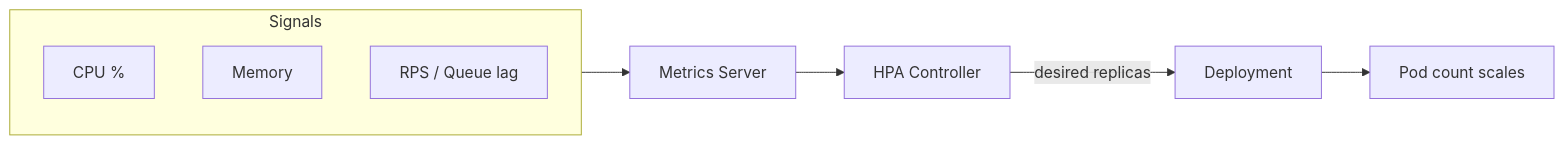
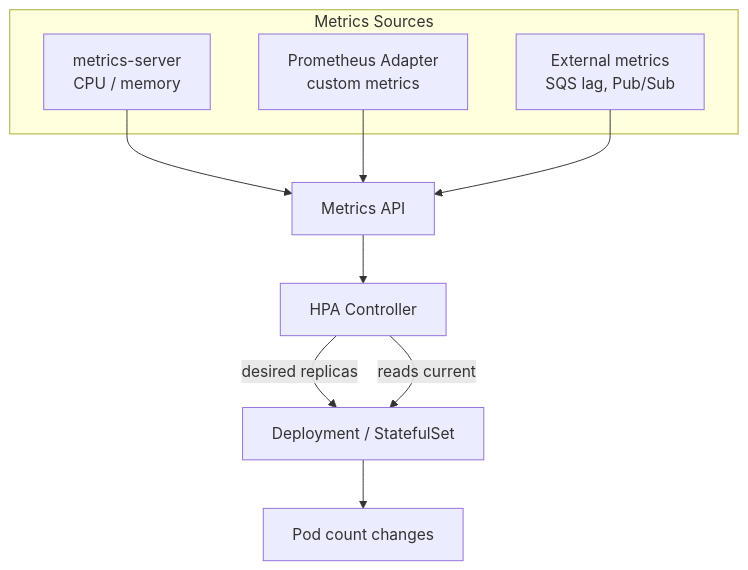
Diagram 44 of 47 in 11-cloud-and-kubernetes/README.md (hareramcse/SystemDesign), drawn with Mermaid before and after one commit. The commit also changed other lines of this file and 14 other files, not shown here.

````diff
--- a/11-cloud-and-kubernetes/README.md
+++ b/11-cloud-and-kubernetes/README.md
@@ -1877,12 +2253,13 @@
 ```mermaid
-flowchart LR
-    Metrics[Metrics Server] --> HPA[HPA Controller]
-    HPA -->|desired replicas| Dep[Deployment]
-    Dep --> Pods[Pod count scales]
-    subgraph Signals
-        CPU[CPU %]
-        MEM[Memory]
-        Custom[RPS / Queue lag]
+flowchart TB
+    subgraph Metrics["Metrics Sources"]
+        MS[metrics-server<br/>CPU / memory]
+        PM[Prometheus Adapter<br/>custom metrics]
+        EM[External metrics<br/>SQS lag, Pub/Sub]
     end
-    Signals --> Metrics
+    MS & PM & EM --> API[Metrics API]
+    API --> HPA[HPA Controller]
+    HPA -->|desired replicas| Dep[Deployment / StatefulSet]
+    Dep --> Pods[Pod count changes]
+    HPA -->|reads current| Dep
 ```
````
